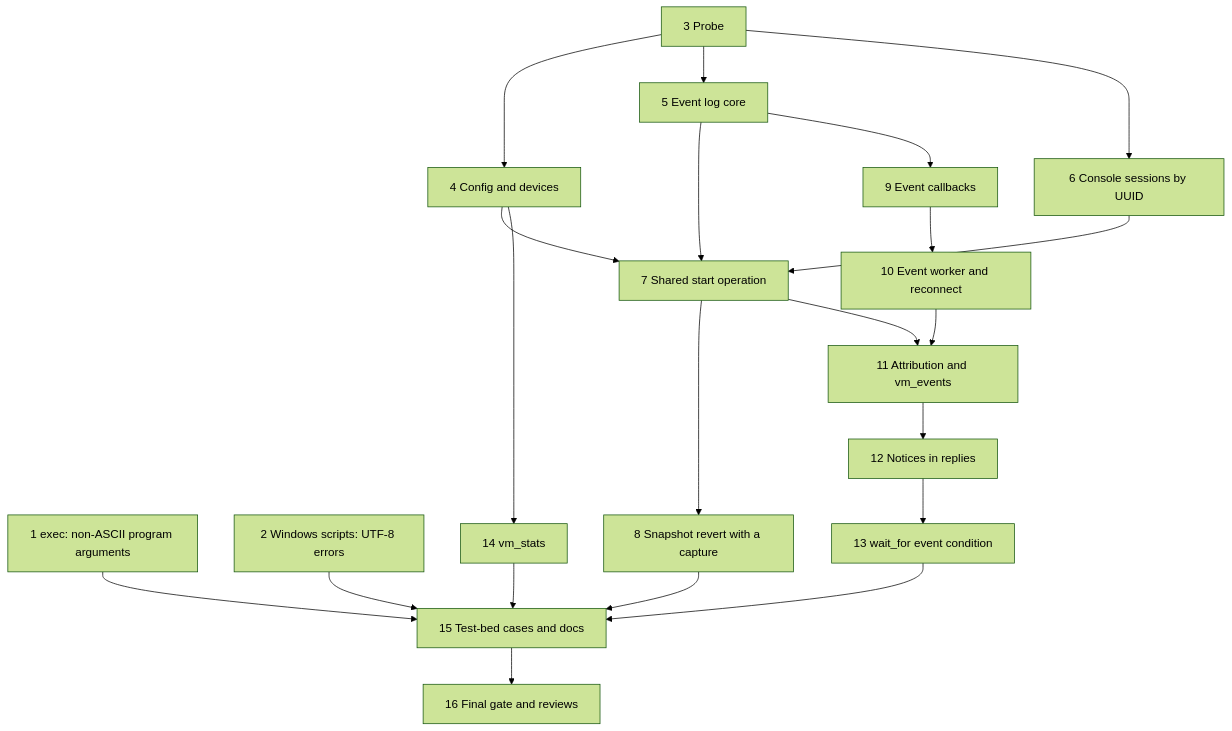
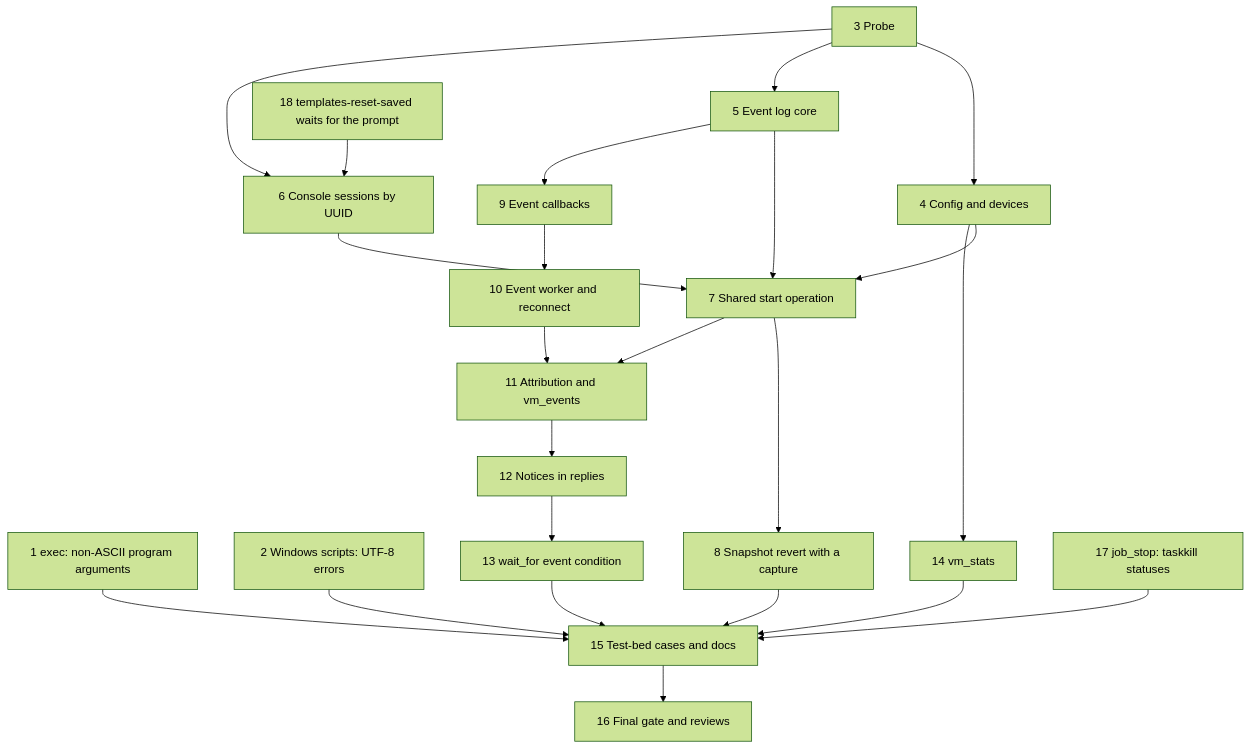
One commit to jonatsu/virt-manager-mcp changed the diagram in docs/plans/seeing-what-happened-implementation-plan.md. Above: the diagram before and after it, drawn with Mermaid (forest theme). The commit also changed other lines of this file and 1 other file, not shown here.

````diff
--- a/docs/plans/seeing-what-happened-implementation-plan.md
+++ b/docs/plans/seeing-what-happened-implementation-plan.md
@@ -31,25 +35,27 @@
 ```mermaid
 flowchart TD
   U1[1 exec: non-ASCII program arguments]
   U2[2 Windows scripts: UTF-8 errors]
   U3[3 Probe] --> U4[4 Config and devices]
   U3 --> U5[5 Event log core]
   U3 --> U6[6 Console sessions by UUID]
   U4 --> U7[7 Shared start operation]
   U5 --> U7
   U6 --> U7
   U7 --> U8[8 Snapshot revert with a capture]
   U5 --> U9[9 Event callbacks]
   U9 --> U10[10 Event worker and reconnect]
   U7 --> U11[11 Attribution and vm_events]
   U10 --> U11
   U11 --> U12[12 Notices in replies]
   U12 --> U13[13 wait_for event condition]
   U4 --> U14[14 vm_stats]
   U8 --> U15[15 Test-bed cases and docs]
   U13 --> U15
   U14 --> U15
   U1 --> U15
   U2 --> U15
+  U17[17 job_stop: taskkill statuses] --> U15
+  U18[18 templates-reset-saved waits for the prompt] --> U6
   U15 --> U16[16 Final gate and reviews]
 ```
````
